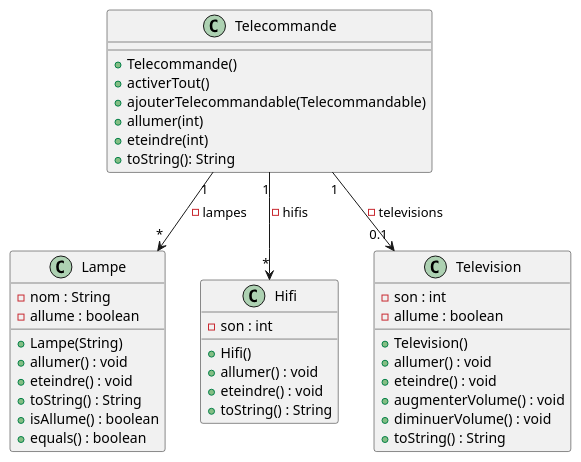
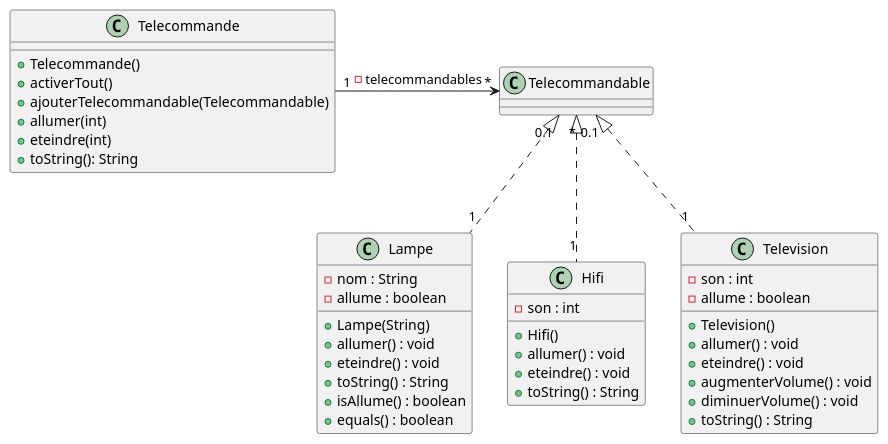
The diagram in domotique/TD8.puml (alannMonnier/2023_domotique_monnierb2u_segard6u), drawn with PlantUML before and after one commit.

Commit message:
modif UML

```diff
--- a/domotique/TD8.puml
+++ b/domotique/TD8.puml
@@ -1,50 +1,48 @@
 @startuml
 'https://plantuml.com/sequence-diagram
 
 class Lampe{
 -nom : String
 -allume : boolean
 +Lampe(String)
 +allumer() : void
 +eteindre() : void
 +toString() : String
 +isAllume() : boolean
 +equals() : boolean
 }
 
 class Telecommande{
 + Telecommande()
 + activerTout()
 + ajouterTelecommandable(Telecommandable)
 + allumer(int)
 + eteindre(int)
 + toString(): String
 }
 
 class Hifi{
 -son : int
 +Hifi()
 +allumer() : void
 +eteindre() : void
 +toString() : String
 }
 
 class Television{
 -son : int
 -allume : boolean
 +Television()
 +allumer() : void
 +eteindre() : void
 +augmenterVolume() : void
 +diminuerVolume() : void
 +toString() : String
 }
 
 '''relations
-Telecommande "1" --> "*"Lampe: -lampes
-Telecommande "1" --> "*"Hifi: -hifis
-Telecommande "1" --> "0.1"Television: -televisions
-
-
-
+Telecommande "1" -> "*"Telecommandable: -telecommandables
+Hifi "1" .up.|> "*"Telecommandable
+Television "1".up.|> "0.1"Telecommandable
+Lampe "1".up.|> "0.1"Telecommandable
 @enduml
```
